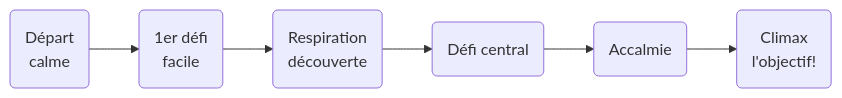
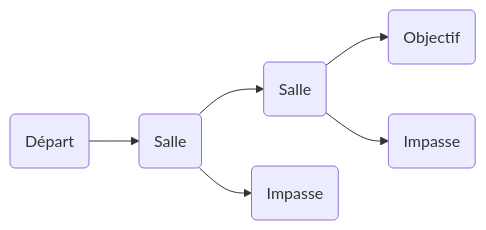
One commit to tim-montmorency/compendium changed the second of 4 diagrams in docs/582-301-interactivite-ludique/cours11.md. Above: the diagram before and after it, drawn with Mermaid. The commit also changed other lines of this file and 73 other files, not shown here.

````diff
--- a/docs/582-301-interactivite-ludique/cours11.md
+++ b/docs/582-301-interactivite-ludique/cours11.md
@@ -28,4 +126,6 @@
-```mermaid
-graph LR
-    A(Départ<br>calme) --> B(1er défi<br>facile) --> C(Respiration<br>découverte) --> D(Défi central) --> E(Accalmie) --> F(Climax<br>l'objectif!)
-```
+    ```mermaid
+    graph LR
+        A(Départ) --> B(Salle) --> C(Salle) --> D(Objectif)
+        B --> B2(Impasse)
+        C --> C2(Impasse)
+    ```
````
